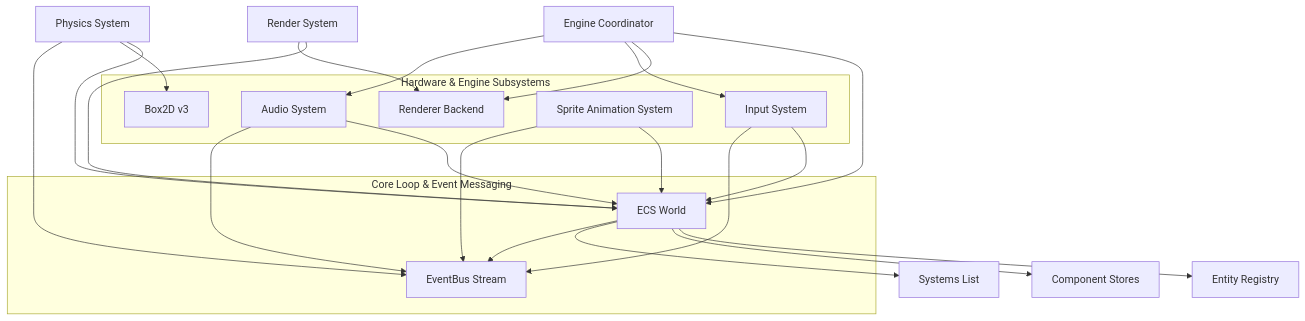
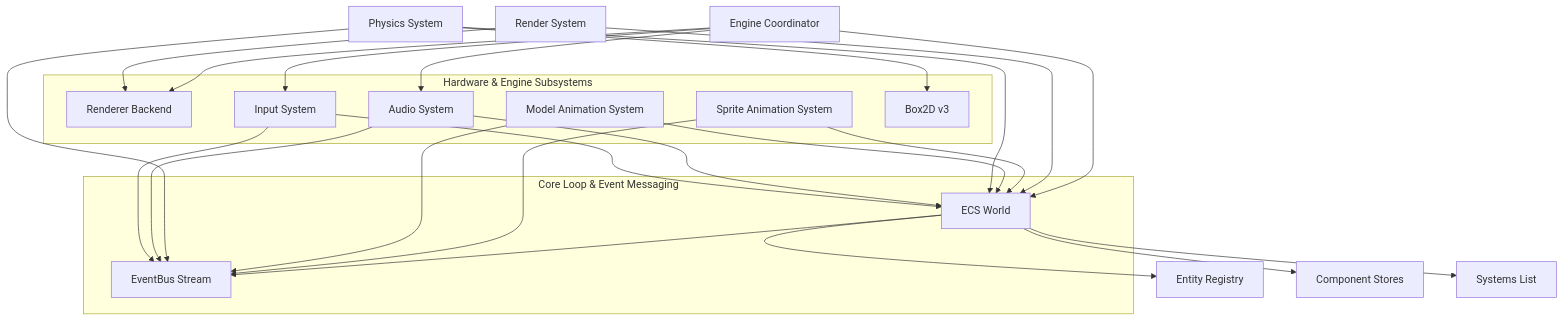
Before and after one commit to tsharju/AcornEngine: the first of 8 diagrams in Engine/README.md, drawn with Mermaid. The commit also changed other lines of this file and 7 other files, not shown here.

Commit message:
docs: document 3D glTF model animation, cross-fade blending, and skill guides

````diff
--- a/Engine/README.md
+++ b/Engine/README.md
@@ -11,37 +11,40 @@
 ```mermaid
 graph TD
     Engine[Engine Coordinator] --> World[ECS World]
     Engine --> Renderer[Renderer Backend]
     Engine --> InputSystem[Input System]
     Engine --> AudioSystem[Audio System]
     
     World --> Entity[Entity Registry]
     World --> Component[Component Stores]
     World --> System[Systems List]
     World --> EventBus[EventBus Stream]
     
     RenderSystem[Render System] --> World
     RenderSystem --> Renderer
     SpriteAnimationSystem[Sprite Animation System] --> World
     SpriteAnimationSystem --> EventBus
+    ModelAnimationSystem[Model Animation System] --> World
+    ModelAnimationSystem --> EventBus
     PhysicsSystem[Physics System] --> World
     PhysicsSystem --> Box2D[Box2D v3]
     PhysicsSystem --> EventBus
     AudioSystem --> World
     AudioSystem --> EventBus
     InputSystem --> World
     InputSystem --> EventBus
     
     subgraph Core Loop & Event Messaging
         World
         EventBus
     end
     
     subgraph Hardware & Engine Subsystems
         Renderer
         SpriteAnimationSystem
+        ModelAnimationSystem
         Box2D
         AudioSystem
         InputSystem
     end
 ```
````
